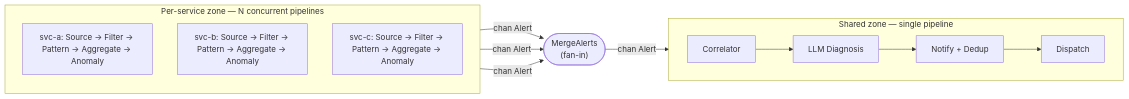
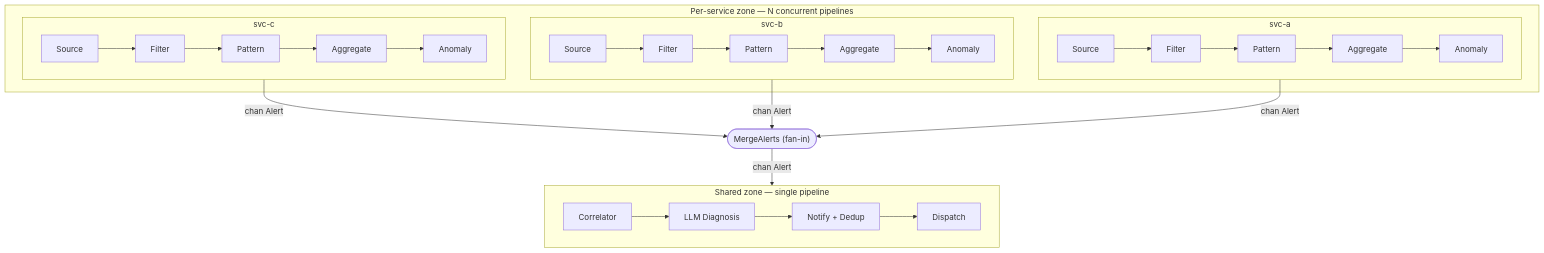
The first of 3 diagrams in DESIGN.md (zhangbiao2009/log_agent), drawn with Mermaid before and after one commit.

Commit message:
docs: stack svc-a/b/c vertically in architecture diagram

````diff
--- a/DESIGN.md
+++ b/DESIGN.md
@@ -38,18 +38,26 @@
 ```mermaid
-flowchart LR
+flowchart TB
     subgraph PS["Per-service zone — N concurrent pipelines"]
-        direction TB
-        A["svc-a: Source → Filter → Pattern → Aggregate → Anomaly"]
-        B["svc-b: Source → Filter → Pattern → Aggregate → Anomaly"]
-        C["svc-c: Source → Filter → Pattern → Aggregate → Anomaly"]
+        subgraph SA["svc-a"]
+            direction LR
+            A1["Source"] --> A2["Filter"] --> A3["Pattern"] --> A4["Aggregate"] --> A5["Anomaly"]
+        end
+        subgraph SB["svc-b"]
+            direction LR
+            B1["Source"] --> B2["Filter"] --> B3["Pattern"] --> B4["Aggregate"] --> B5["Anomaly"]
+        end
+        subgraph SC["svc-c"]
+            direction LR
+            C1["Source"] --> C2["Filter"] --> C3["Pattern"] --> C4["Aggregate"] --> C5["Anomaly"]
+        end
     end
-    M(["MergeAlerts<br/>(fan-in)"])
+    M(["MergeAlerts (fan-in)"])
     subgraph SH["Shared zone — single pipeline"]
         direction LR
         D["Correlator"] --> E["LLM Diagnosis"] --> F["Notify + Dedup"] --> G["Dispatch"]
     end
-    A -->|chan Alert| M
-    B -->|chan Alert| M
-    C -->|chan Alert| M
+    A5 -->|chan Alert| M
+    B5 -->|chan Alert| M
+    C5 -->|chan Alert| M
     M -->|chan Alert| D
 ```
````
